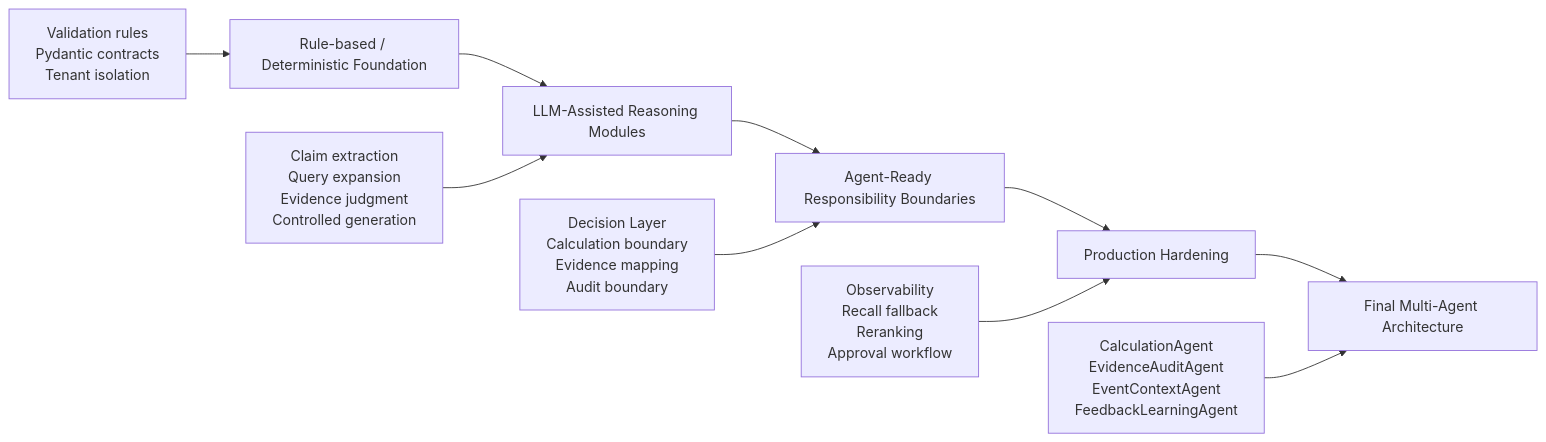
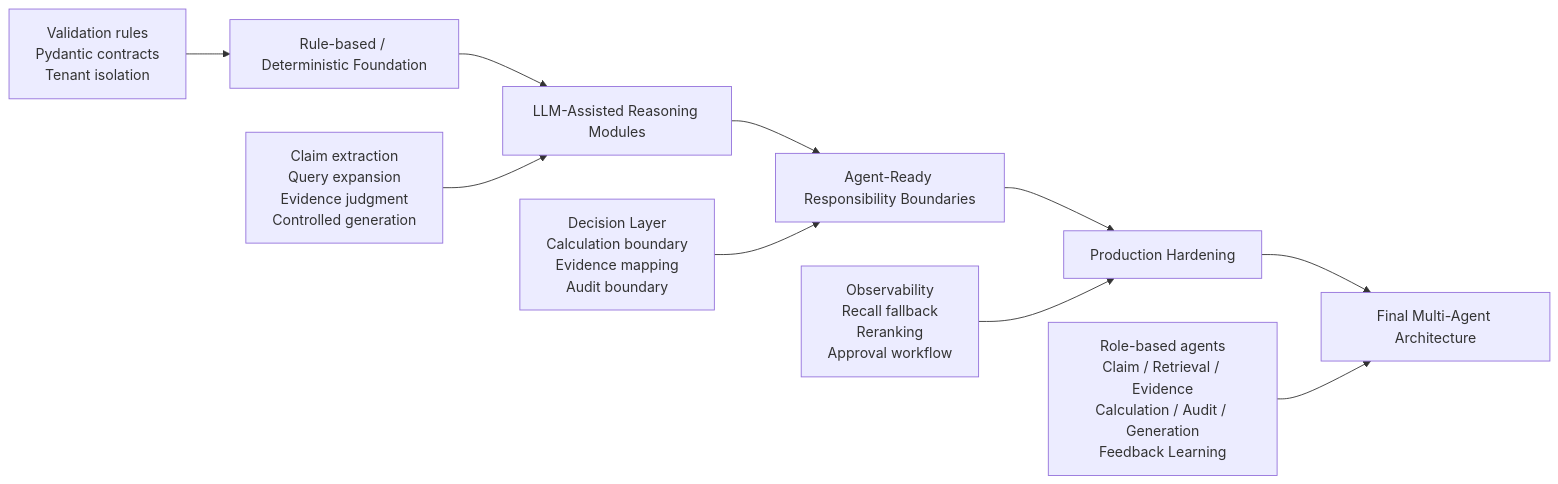
Before and after one commit to xmercuryx007/FCA-Public: diagram 12 of 12 in REAMDE中文.md, drawn with Mermaid. The commit also changed other lines of this file, not shown here.

````diff
--- a/REAMDE中文.md
+++ b/REAMDE中文.md
@@ -752,13 +756,13 @@
 ```mermaid
 flowchart LR
     A[Rule-based / Deterministic Foundation] --> B[LLM-Assisted Reasoning Modules]
     B --> C[Agent-Ready Responsibility Boundaries]
     C --> D[Production Hardening]
     D --> E[Final Multi-Agent Architecture]
 
     A1[Validation rules<br/>Pydantic contracts<br/>Tenant isolation] --> A
     B1[Claim extraction<br/>Query expansion<br/>Evidence judgment<br/>Controlled generation] --> B
     C1[Decision Layer<br/>Calculation boundary<br/>Evidence mapping<br/>Audit boundary] --> C
     D1[Observability<br/>Recall fallback<br/>Reranking<br/>Approval workflow] --> D
-    E1[CalculationAgent<br/>EvidenceAuditAgent<br/>EventContextAgent<br/>FeedbackLearningAgent] --> E
+    E1[Role-based agents<br/>Claim / Retrieval / Evidence<br/>Calculation / Audit / Generation<br/>Feedback Learning] --> E
 ```
````
